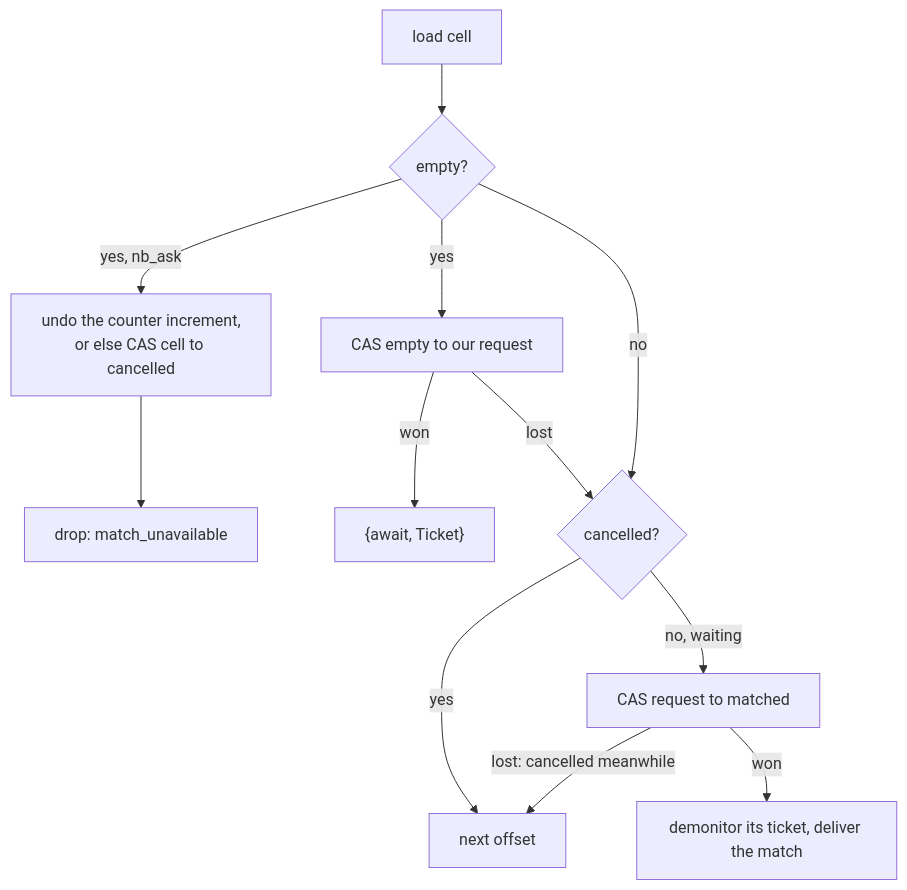
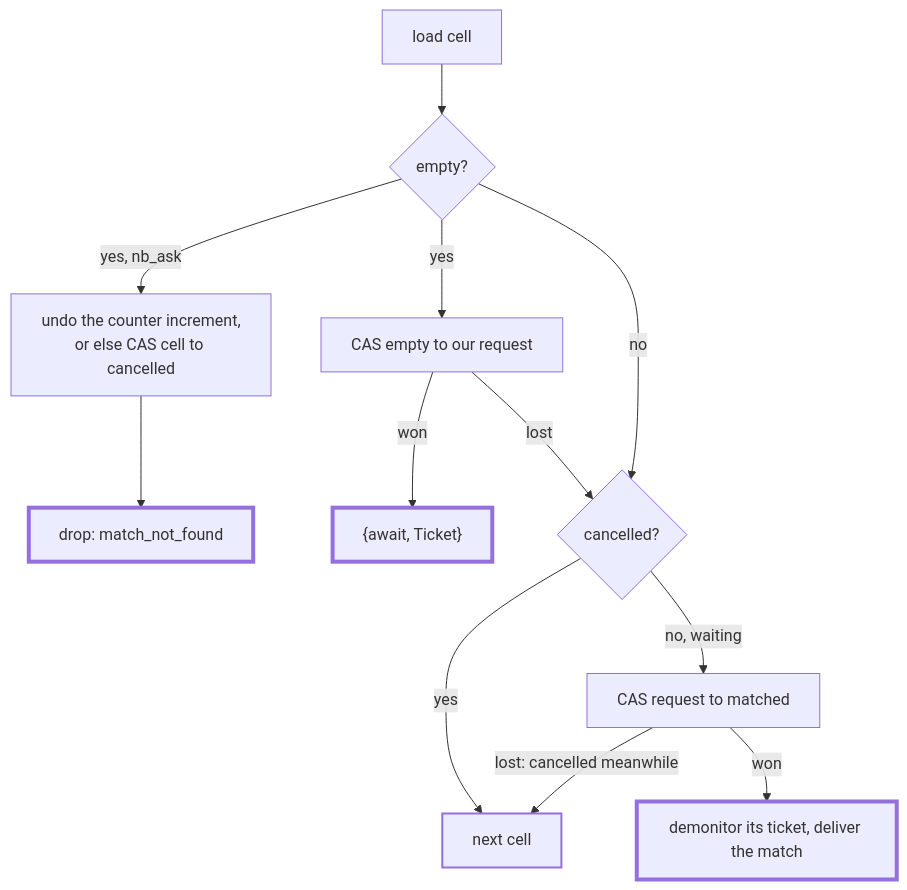
The second of 3 diagrams in INTERNALS.md (g-andrade/cbroker), drawn with Mermaid before and after one commit. The commit also changed other lines of this file and 11 other files, not shown here.

````diff
--- a/INTERNALS.md
+++ b/INTERNALS.md
@@ -119,13 +131,19 @@
 ```mermaid
 flowchart TD
     A[load cell] --> E{empty?}
-    E -- yes, nb_ask --> NB[undo the counter increment,<br/>or else CAS cell to cancelled] --> U[drop: match_unavailable]
+    E -- yes, nb_ask --> NB[undo the counter increment,<br/>or else CAS cell to cancelled] --> U[drop: match_not_found]
     E -- yes --> Q[CAS empty to our request]
     Q -- won --> W["{await, Ticket}"]
     Q -- lost --> X
     E -- no --> X{cancelled?}
-    X -- yes --> N[next offset]
+    X -- yes --> N[next cell]
     X -- no, waiting --> M[CAS request to matched]
     M -- won --> D[demonitor its ticket, deliver the match]
     M -- lost: cancelled meanwhile --> N
+
+    classDef final stroke-width:4px
+    classDef retry stroke-width:2px
+
+    class U,W,D final
+    class N retry
 ```
````
